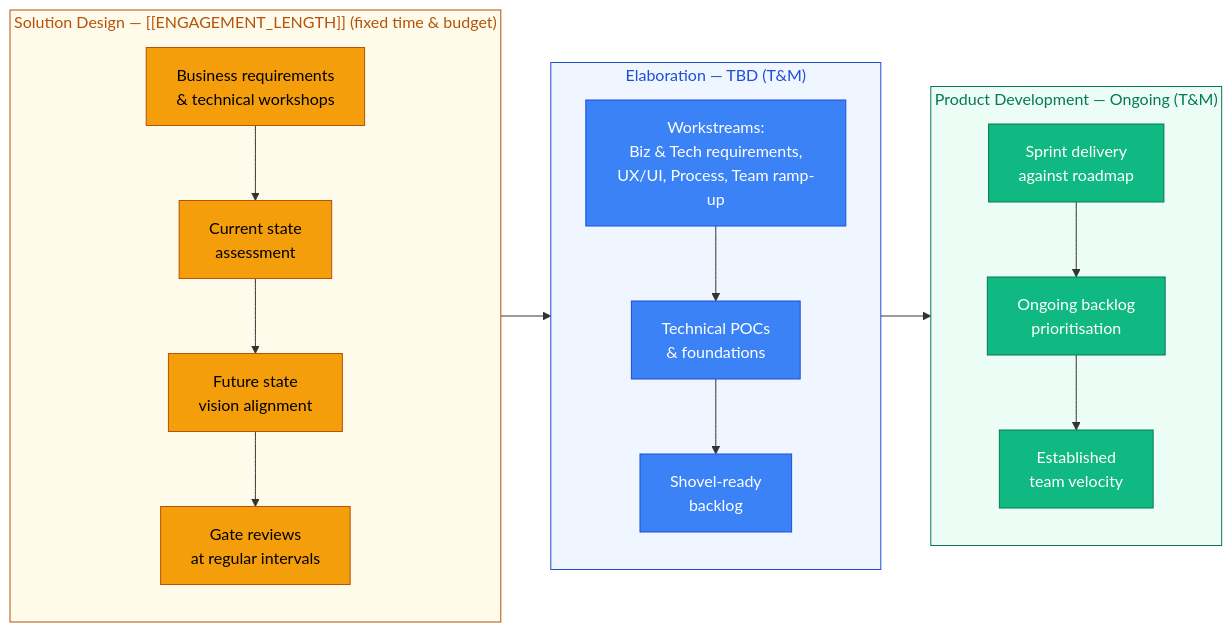
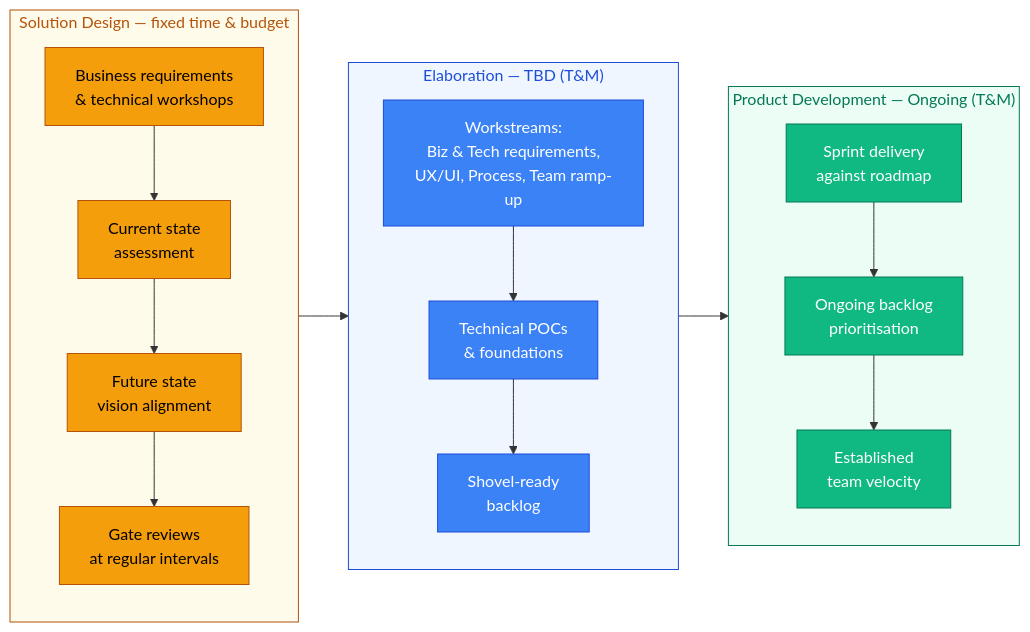
One commit to DataArt/adlc-discovery-tool changed the diagram in docs/AI SDLC/Milestones/01 Overview.md. Above: the diagram before and after it, drawn with Mermaid. The commit also changed other lines of this file and 41 other files, not shown here.

Commit message:
chore(consistency): Iteration 4 post-validation sweep + architect review fixes

````diff
--- a/docs/AI SDLC/Milestones/01 Overview.md
+++ b/docs/AI SDLC/Milestones/01 Overview.md
@@ -32,39 +32,39 @@
 ```mermaid
 flowchart LR
-    subgraph Phase1["Solution Design — [[ENGAGEMENT_LENGTH]] (fixed time & budget)"]
+    subgraph Phase1["Solution Design — fixed time & budget"]
         direction TB
         SD1[Business requirements\n& technical workshops]
         SD2[Current state\nassessment]
         SD3[Future state\nvision alignment]
         SD4[Gate reviews\nat regular intervals]
         SD1 --> SD2 --> SD3 --> SD4
     end
     subgraph Phase2["Elaboration — TBD (T&M)"]
         direction TB
         EL1[Workstreams:\nBiz & Tech requirements,\nUX/UI, Process, Team ramp-up]
         EL2[Technical POCs\n& foundations]
         EL3[Shovel-ready\nbacklog]
         EL1 --> EL2 --> EL3
     end
     subgraph Phase3["Product Development — Ongoing (T&M)"]
         direction TB
         PD1[Sprint delivery\nagainst roadmap]
         PD2[Ongoing backlog\nprioritisation]
         PD3[Established\nteam velocity]
         PD1 --> PD2 --> PD3
     end
 
     Phase1 --> Phase2 --> Phase3
 
     classDef sdNode fill:#F59E0B,stroke:#B45309,color:#000
     classDef elNode fill:#3B82F6,stroke:#1D4ED8,color:#fff
     classDef pdNode fill:#10B981,stroke:#047857,color:#fff
 
     class SD1,SD2,SD3,SD4 sdNode
     class EL1,EL2,EL3 elNode
     class PD1,PD2,PD3 pdNode
 
     style Phase1 fill:#FFFBEB,stroke:#B45309,color:#B45309
     style Phase2 fill:#EFF6FF,stroke:#1D4ED8,color:#1D4ED8
     style Phase3 fill:#ECFDF5,stroke:#047857,color:#047857
 ```
````
